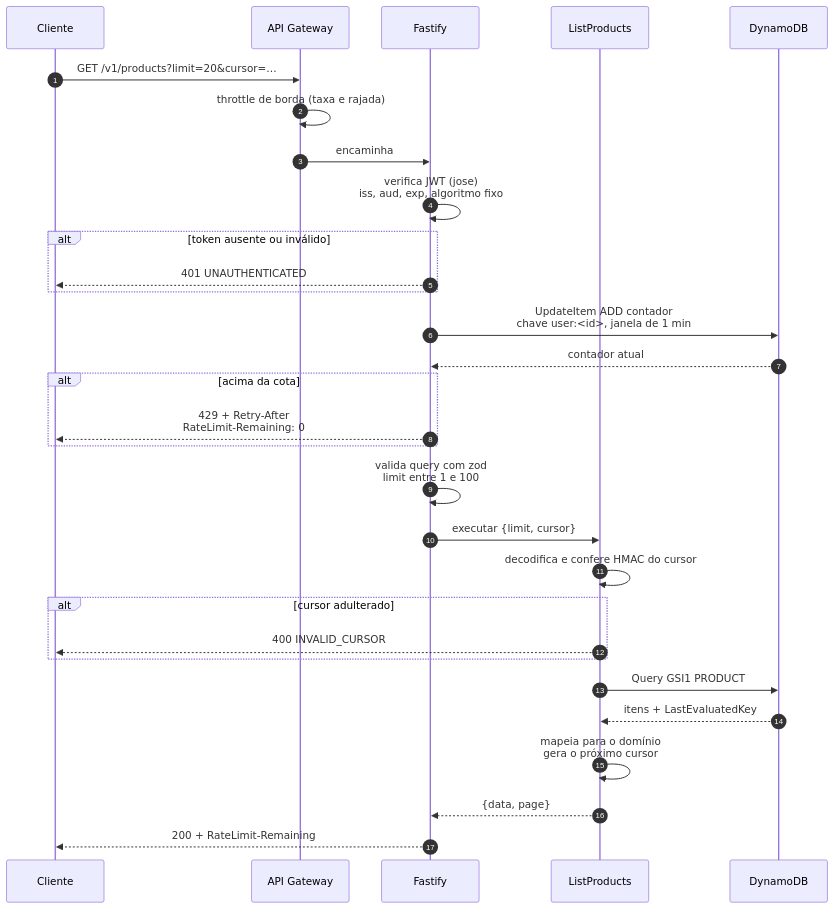
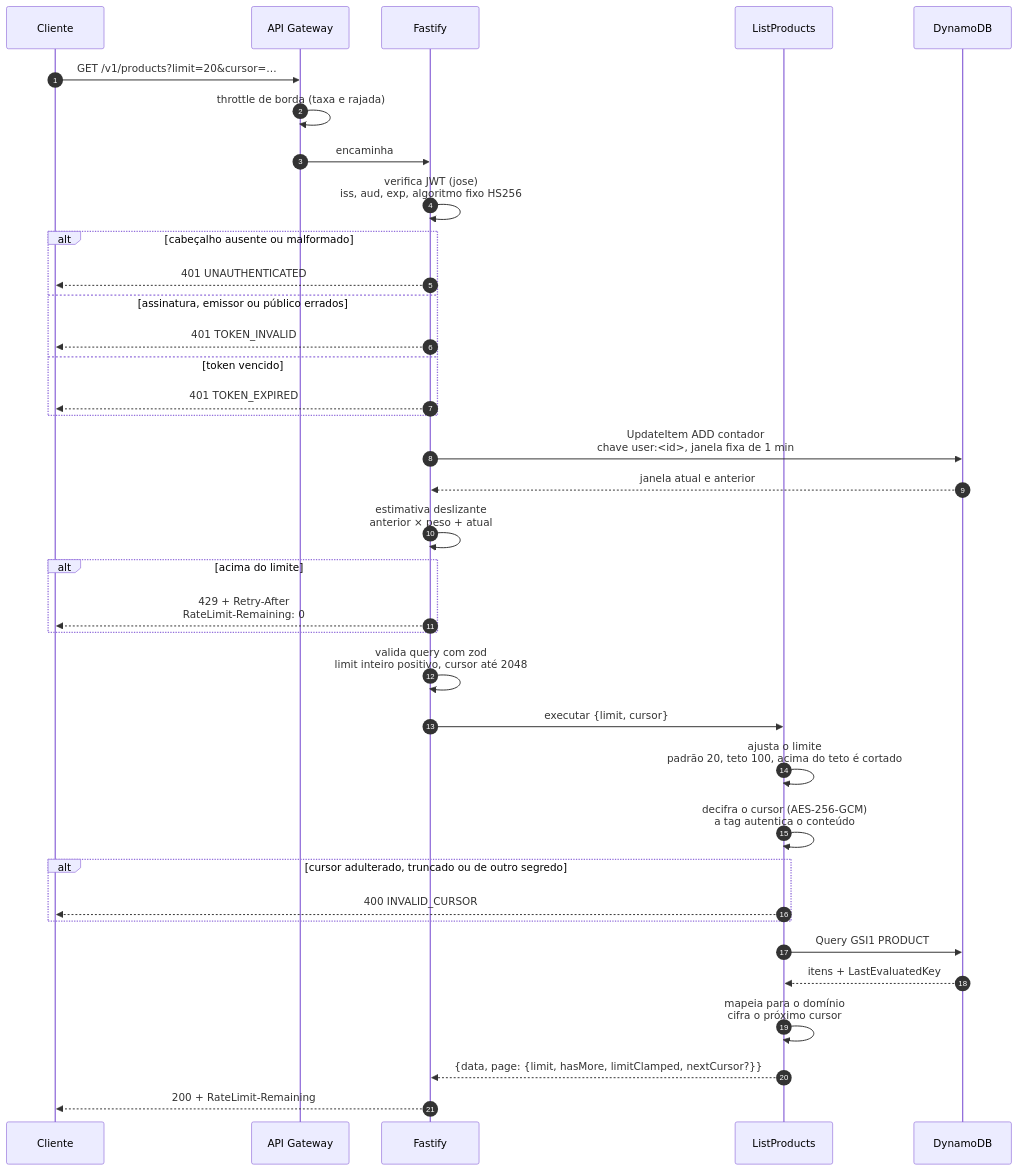
Before and after one commit to Eduardobl123/ton-swe-challenge-eduardo: the diagram in docs/diagrams/03-listagem-produtos.md, drawn with Mermaid. The commit also changed other lines of this file and 3 other files, not shown here.

First line of the commit message:
docs(diagrams): alinha os quatro diagramas ao código das issues 9, 10 e 13

````diff
--- a/docs/diagrams/03-listagem-produtos.md
+++ b/docs/diagrams/03-listagem-produtos.md
@@ -15,37 +15,43 @@
 ```mermaid
 sequenceDiagram
     autonumber
     participant C as Cliente
     participant AGW as API Gateway
     participant API as Fastify
     participant UC as ListProducts
     participant DB as DynamoDB
 
     C->>AGW: GET /v1/products?limit=20&cursor=…
     AGW->>AGW: throttle de borda (taxa e rajada)
     AGW->>API: encaminha
 
-    API->>API: verifica JWT (jose)<br/>iss, aud, exp, algoritmo fixo
-    alt token ausente ou inválido
+    API->>API: verifica JWT (jose)<br/>iss, aud, exp, algoritmo fixo HS256
+    alt cabeçalho ausente ou malformado
         API-->>C: 401 UNAUTHENTICATED
+    else assinatura, emissor ou público errados
+        API-->>C: 401 TOKEN_INVALID
+    else token vencido
+        API-->>C: 401 TOKEN_EXPIRED
     end
 
-    API->>DB: UpdateItem ADD contador<br/>chave user:<id>, janela de 1 min
-    DB-->>API: contador atual
-    alt acima da cota
+    API->>DB: UpdateItem ADD contador<br/>chave user:<id>, janela fixa de 1 min
+    DB-->>API: janela atual e anterior
+    API->>API: estimativa deslizante<br/>anterior × peso + atual
+    alt acima do limite
         API-->>C: 429 + Retry-After<br/>RateLimit-Remaining: 0
     end
 
-    API->>API: valida query com zod<br/>limit entre 1 e 100
+    API->>API: valida query com zod<br/>limit inteiro positivo, cursor até 2048
     API->>UC: executar {limit, cursor}
-    UC->>UC: decodifica e confere HMAC do cursor
-    alt cursor adulterado
+    UC->>UC: ajusta o limite<br/>padrão 20, teto 100, acima do teto é cortado
+    UC->>UC: decifra o cursor (AES-256-GCM)<br/>a tag autentica o conteúdo
+    alt cursor adulterado, truncado ou de outro segredo
         UC-->>C: 400 INVALID_CURSOR
     end
 
     UC->>DB: Query GSI1 PRODUCT#ACTIVE<br/>ExclusiveStartKey, Limit
     DB-->>UC: itens + LastEvaluatedKey
-    UC->>UC: mapeia para o domínio<br/>gera o próximo cursor
-    UC-->>API: {data, page}
+    UC->>UC: mapeia para o domínio<br/>cifra o próximo cursor
+    UC-->>API: {data, page: {limit, hasMore, limitClamped, nextCursor?}}
     API-->>C: 200 + RateLimit-Remaining
 ```
````
